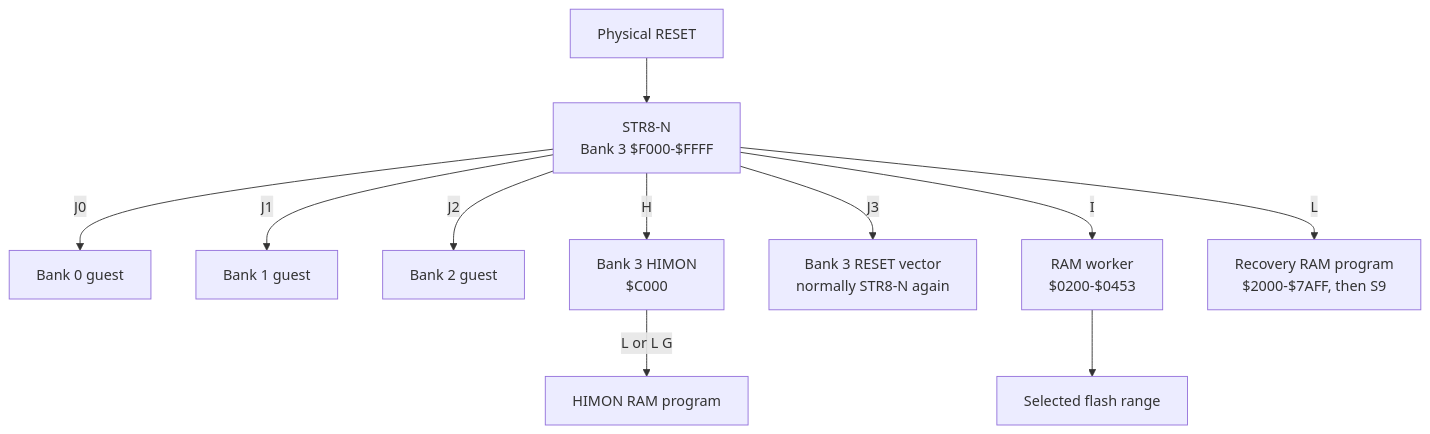
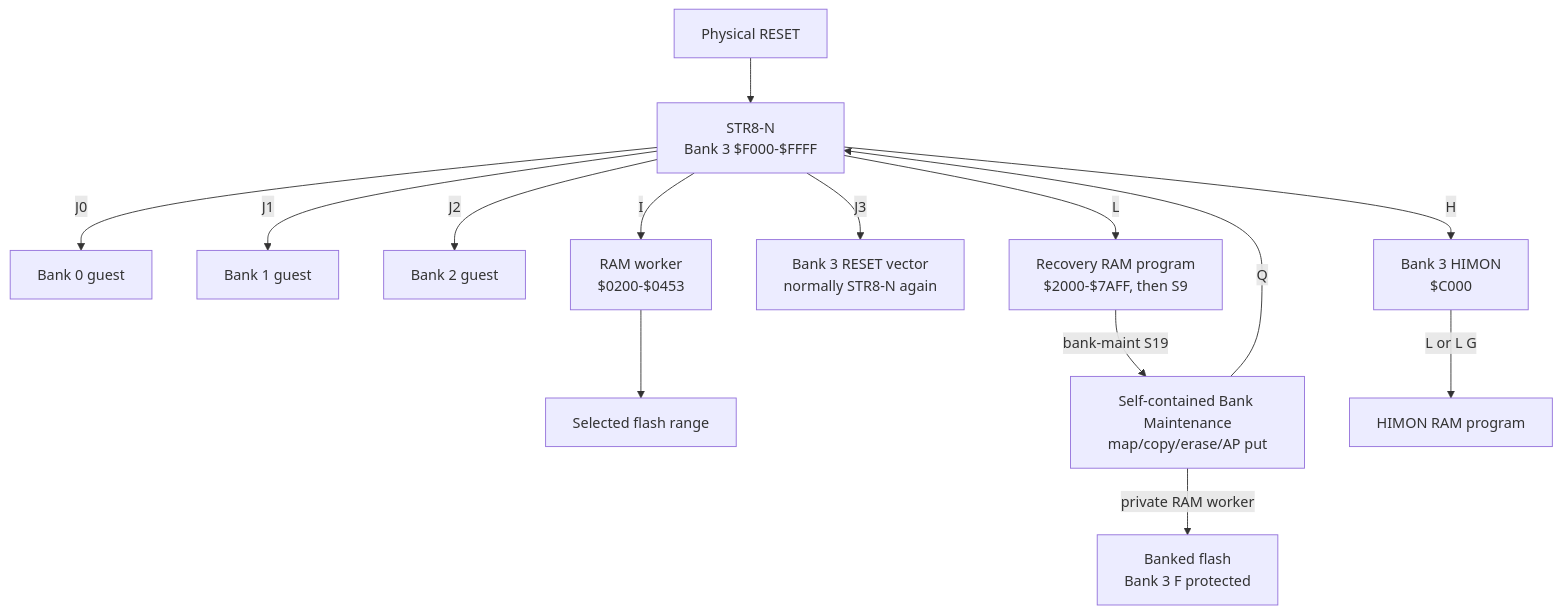
Before and after one commit to 95westus/STR8-N: the first of 8 diagrams in docs/MAPS.md, drawn with Mermaid. The commit also changed other lines of this file and 8 other files, not shown here.

````diff
--- a/docs/MAPS.md
+++ b/docs/MAPS.md
@@ -7,13 +7,16 @@
 ```mermaid
 flowchart TB
     RESET[Physical RESET] --> S[STR8-N<br/>Bank 3 $F000-$FFFF]
     S -->|J0| B0[Bank 0 guest]
     S -->|J1| B1[Bank 1 guest]
     S -->|J2| B2[Bank 2 guest]
     S -->|H| B3[Bank 3 HIMON<br/>$C000]
     S -->|J3| R3[Bank 3 RESET vector<br/>normally STR8-N again]
     S -->|I| W[RAM worker<br/>$0200-$0453]
     W --> FLASH[Selected flash range]
     S -->|L| RAM[Recovery RAM program<br/>$2000-$7AFF, then S9]
+    RAM -->|bank-maint S19| BM[Self-contained Bank Maintenance<br/>map/copy/erase/AP put]
+    BM -->|private RAM worker| FLASH2[Banked flash<br/>Bank 3 F protected]
+    BM -->|Q| S
     B3 -->|L or L G| RAM2[HIMON RAM program]
 ```
````
